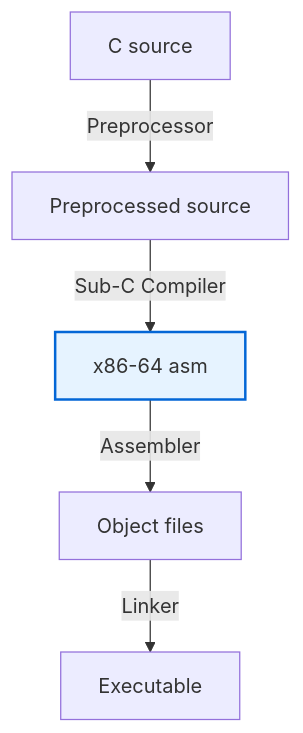
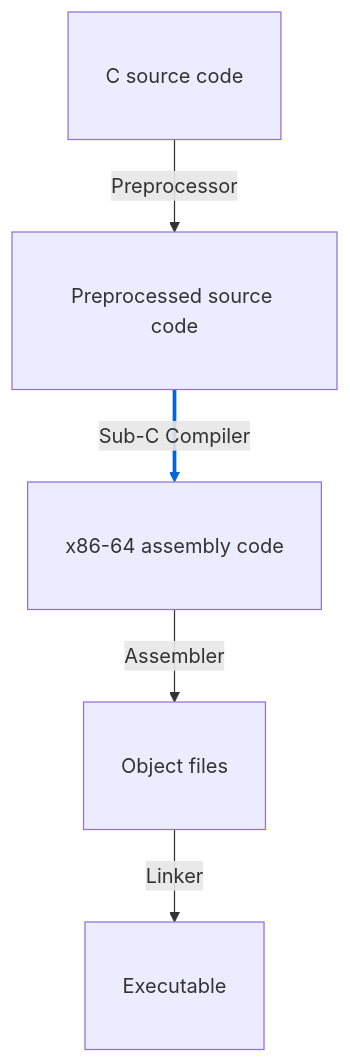
Before and after one commit to joshuanunn/sub-c: the diagram in README.md, drawn with Mermaid.

Commit message:
Refine flowchart labels in README.md
Updated flowchart labels to include 'code' for clarity.

````diff
--- a/README.md
+++ b/README.md
@@ -93,15 +93,17 @@
 ```mermaid
 flowchart TB
-    A["C source"]
-    B["Preprocessed source"]
-    C["x86-64 asm"] 
-    D["Object files"] 
-    E["Executable"]
+    classDef tight padding:5px;
+
+    A["C source code"]:::tight
+    B["Preprocessed source code"]:::tight
+    C["x86-64 assembly code"]:::tight
+    D["Object files"]:::tight
+    E["Executable"]:::tight
 
     A -- "Preprocessor" --> B
     B -- "Sub-C Compiler" --> C
     C -- "Assembler" --> D
     D -- "Linker" --> E
 
-    style C fill:#e6f3ff,stroke:#0366d6,stroke-width:2px
+    linkStyle 1 stroke-width:3px,stroke:#0366d6
 ```
````
